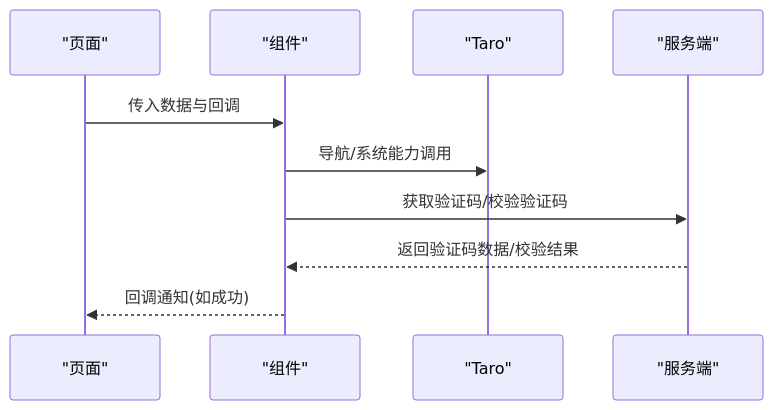
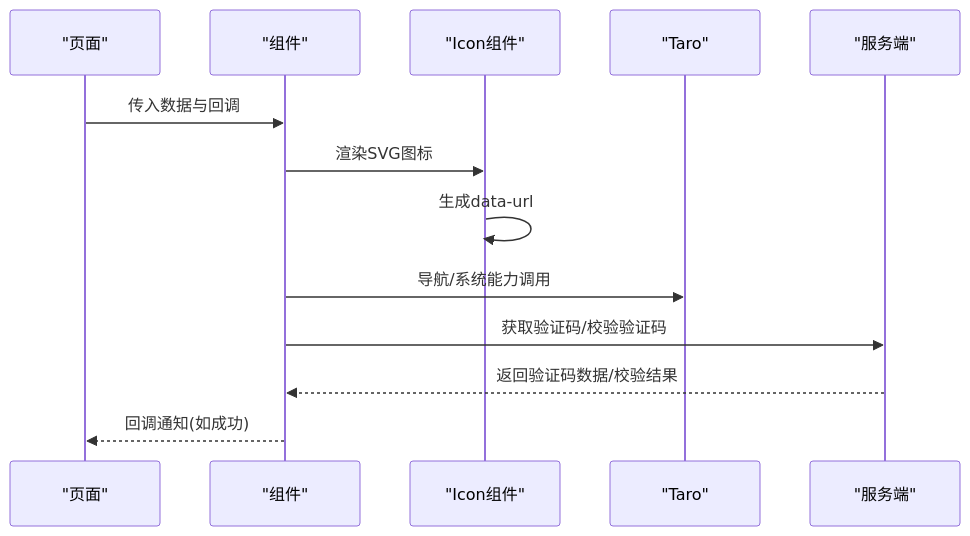
Before and after one commit to zuolinbao/redbook: the second of 6 diagrams in .qoder/repowiki/zh/content/UI组件库/UI组件库.md, drawn with Mermaid. The commit also changed other lines of this file and 7 other files, not shown here.

````diff
--- a/.qoder/repowiki/zh/content/UI组件库/UI组件库.md
+++ b/.qoder/repowiki/zh/content/UI组件库/UI组件库.md
@@ -96,12 +105,15 @@
 ```mermaid
 sequenceDiagram
 participant P as "页面"
 participant C as "组件"
+participant I as "Icon组件"
 participant T as "Taro"
 participant S as "服务端"
 P->>C : 传入数据与回调
+C->>I : 渲染SVG图标
+I->>I : 生成data-url
 C->>T : 导航/系统能力调用
 C->>S : 获取验证码/校验验证码
 S-->>C : 返回验证码数据/校验结果
 C-->>P : 回调通知(如成功)
 ```
````
